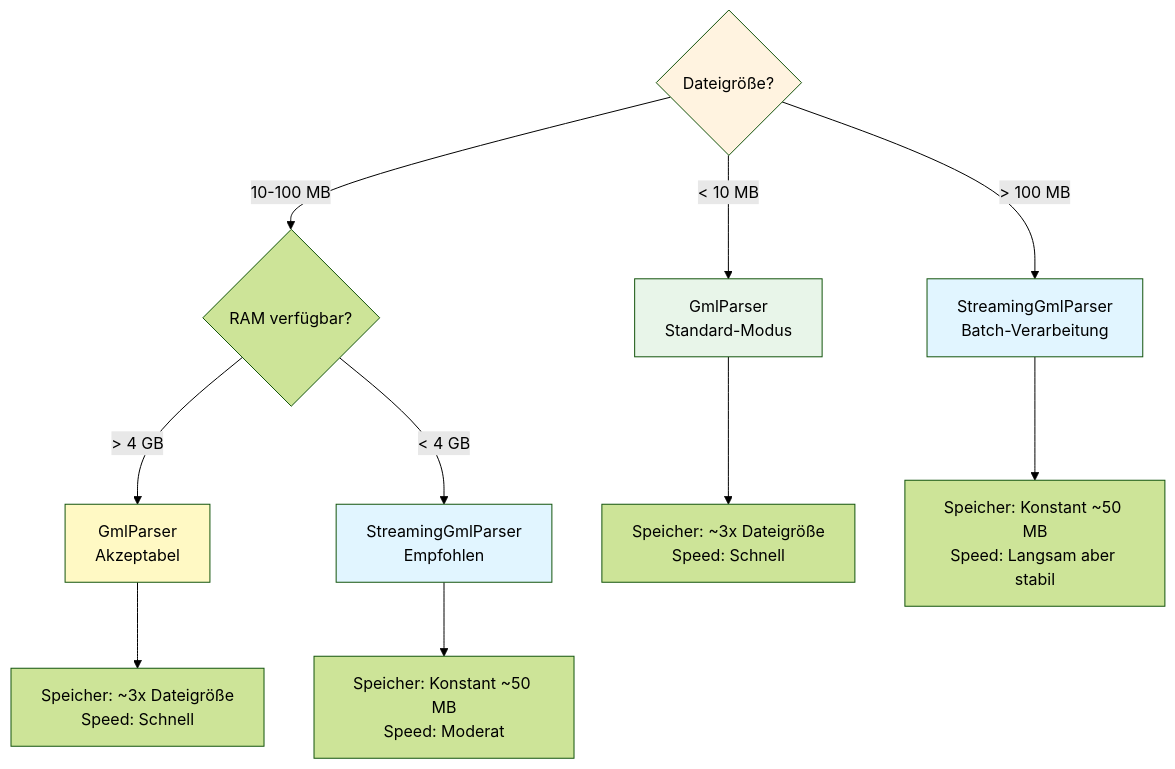
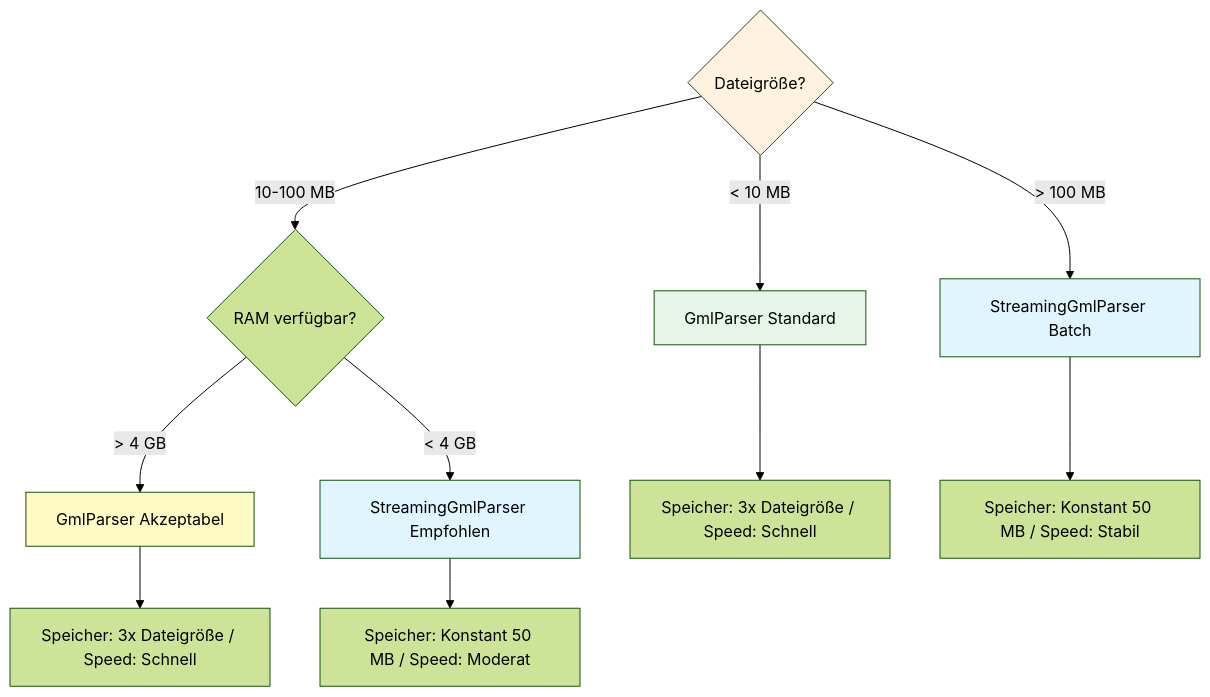
Before and after one commit to pt9912/s-gml: the fifth of 6 diagrams in docs/architecture/system-overview.md, drawn with Mermaid (forest theme). The commit also changed other lines of this file, not shown here.

First line of the commit message:
fix: remove HTML br tags from Mermaid diagrams

````diff
--- a/docs/architecture/system-overview.md
+++ b/docs/architecture/system-overview.md
@@ -292,21 +299,21 @@
 ```mermaid
 graph TD
     Start{Dateigröße?}
-    Start -->|< 10 MB| Standard[GmlParser<br/>Standard-Modus]
+    Start -->|< 10 MB| Standard[GmlParser Standard]
     Start -->|10-100 MB| Medium{RAM verfügbar?}
-    Start -->|> 100 MB| Large[StreamingGmlParser<br/>Batch-Verarbeitung]
+    Start -->|> 100 MB| Large[StreamingGmlParser Batch]
 
-    Medium -->|> 4 GB| Standard2[GmlParser<br/>Akzeptabel]
-    Medium -->|< 4 GB| Stream[StreamingGmlParser<br/>Empfohlen]
+    Medium -->|> 4 GB| Standard2[GmlParser Akzeptabel]
+    Medium -->|< 4 GB| Stream[StreamingGmlParser Empfohlen]
 
-    Standard --> Output1[Speicher: ~3x Dateigröße<br/>Speed: Schnell]
-    Standard2 --> Output2[Speicher: ~3x Dateigröße<br/>Speed: Schnell]
-    Stream --> Output3[Speicher: Konstant ~50 MB<br/>Speed: Moderat]
-    Large --> Output4[Speicher: Konstant ~50 MB<br/>Speed: Langsam aber stabil]
+    Standard --> Output1[Speicher: 3x Dateigröße / Speed: Schnell]
+    Standard2 --> Output2[Speicher: 3x Dateigröße / Speed: Schnell]
+    Stream --> Output3[Speicher: Konstant 50 MB / Speed: Moderat]
+    Large --> Output4[Speicher: Konstant 50 MB / Speed: Stabil]
 
     style Start fill:#fff3e0
     style Standard fill:#e8f5e9
     style Standard2 fill:#fff9c4
     style Stream fill:#e1f5ff
     style Large fill:#e1f5ff
 ```
````
